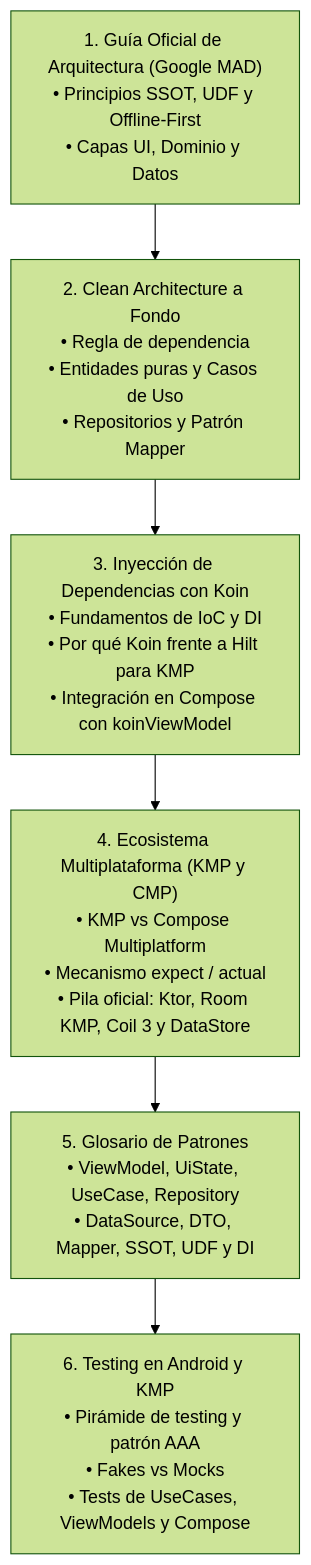
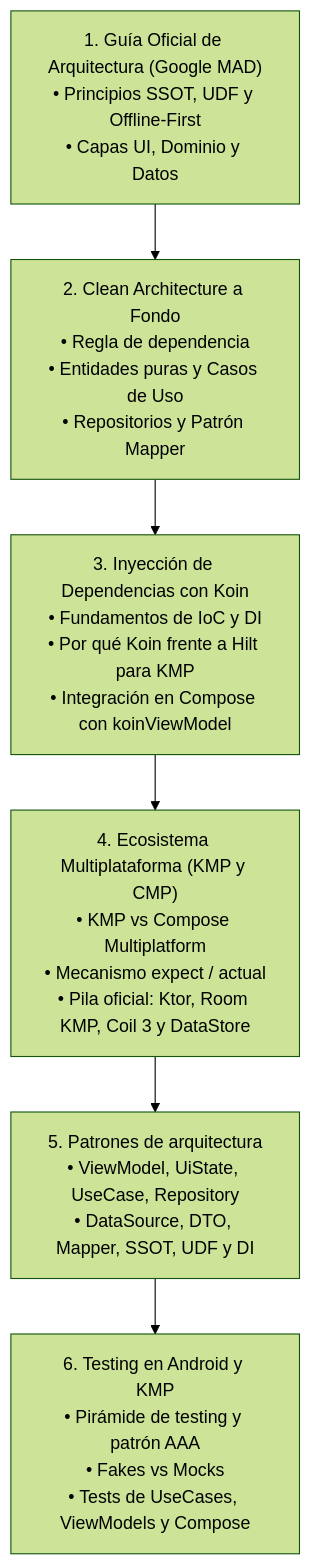
One commit to jssdocente/pmdm2627d changed the diagram in docs/temas/00-android/02-arquitectura/index.md. Above: the diagram before and after it, drawn with Mermaid (forest theme). The commit also changed other lines of this file and 14 other files, not shown here.

````diff
--- a/docs/temas/00-android/02-arquitectura/index.md
+++ b/docs/temas/00-android/02-arquitectura/index.md
@@ -11,9 +11,9 @@
 ```mermaid
 flowchart TD
     G1["1. Guía Oficial de Arquitectura (Google MAD)<br>• Principios SSOT, UDF y Offline-First<br>• Capas UI, Dominio y Datos"]
     --> G2["2. Clean Architecture a Fondo<br>• Regla de dependencia<br>• Entidades puras y Casos de Uso<br>• Repositorios y Patrón Mapper"]
     --> G3["3. Inyección de Dependencias con Koin<br>• Fundamentos de IoC y DI<br>• Por qué Koin frente a Hilt para KMP<br>• Integración en Compose con koinViewModel"]
     --> G4["4. Ecosistema Multiplataforma (KMP y CMP)<br>• KMP vs Compose Multiplatform<br>• Mecanismo expect / actual<br>• Pila oficial: Ktor, Room KMP, Coil 3 y DataStore"]
-    --> G5["5. Glosario de Patrones<br>• ViewModel, UiState, UseCase, Repository<br>• DataSource, DTO, Mapper, SSOT, UDF y DI"]
+    --> G5["5. Patrones de arquitectura<br>• ViewModel, UiState, UseCase, Repository<br>• DataSource, DTO, Mapper, SSOT, UDF y DI"]
     --> G6["6. Testing en Android y KMP<br>• Pirámide de testing y patrón AAA<br>• Fakes vs Mocks<br>• Tests de UseCases, ViewModels y Compose"]
 ```
````
